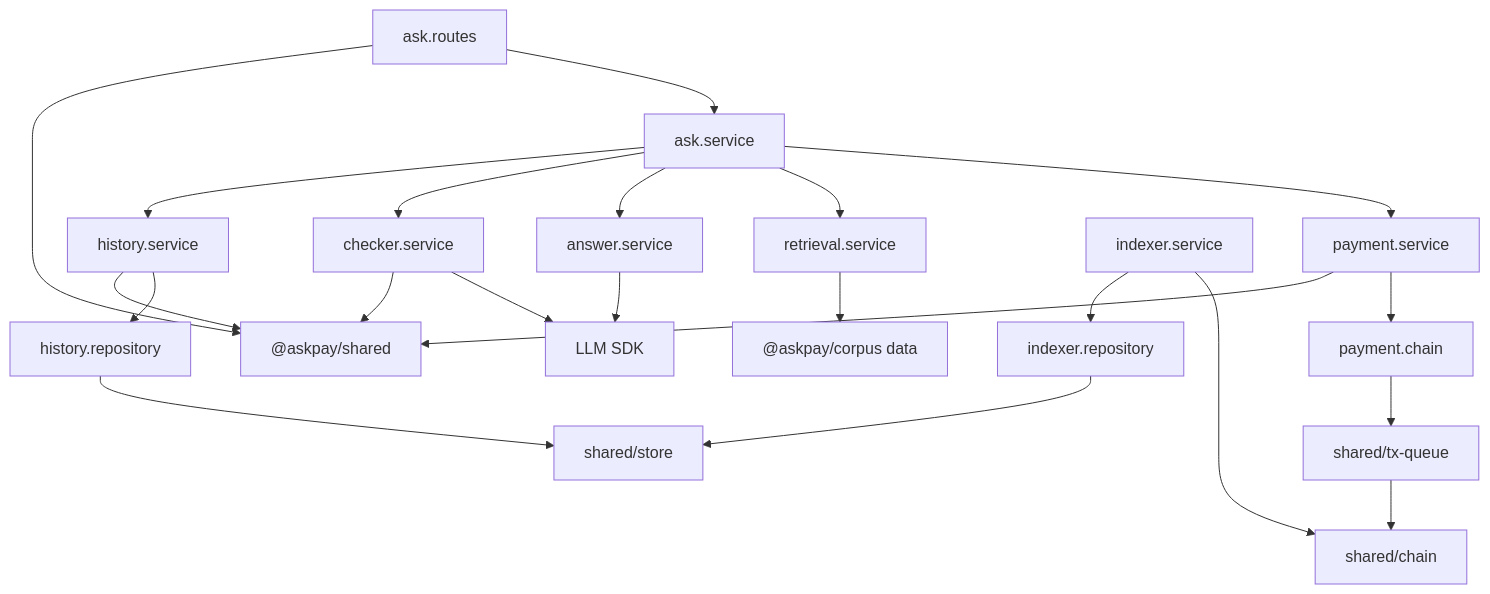
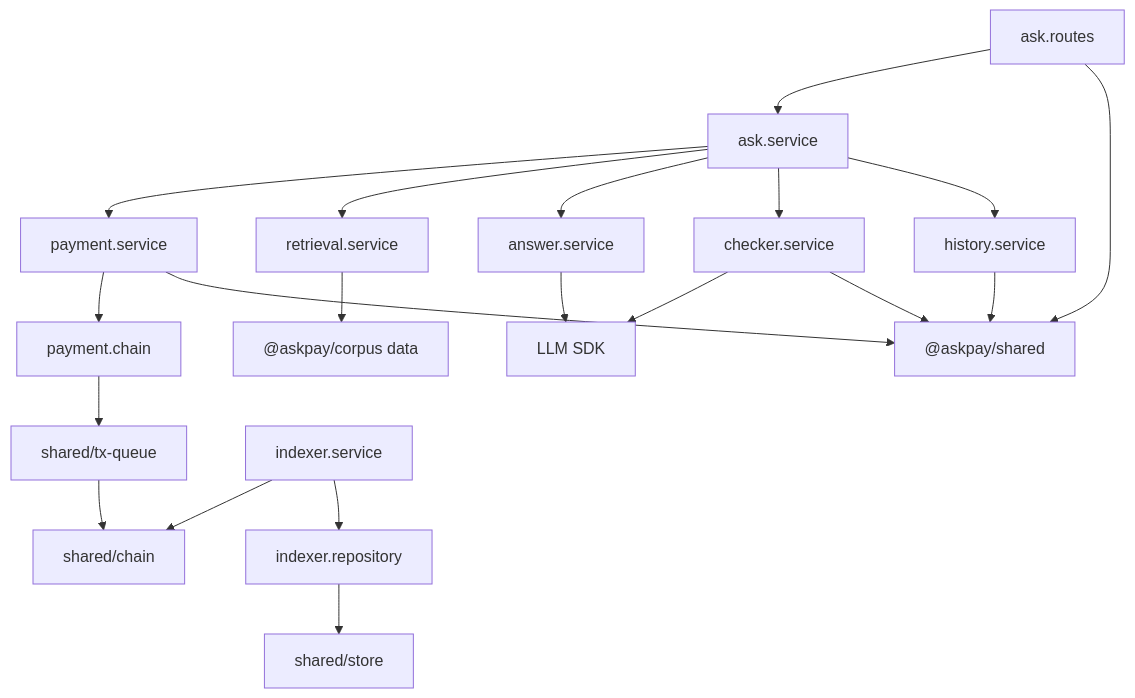
The diagram in docs/architecture/codebase.md (AkiraTomori/AskPay), drawn with Mermaid before and after one commit. The commit also changed other lines of this file and 38 other files, not shown here.

````diff
--- a/docs/architecture/codebase.md
+++ b/docs/architecture/codebase.md
@@ -73,17 +73,16 @@
 ```mermaid
 flowchart TD
     R["ask.routes"] --> S["ask.service"]
     S --> P["payment.service"]
     S --> RT["retrieval.service"]
     S --> A["answer.service"]
     S --> C["checker.service"]
     S --> H["history.service"]
     P --> PC["payment.chain"] --> Q["shared/tx-queue"] --> CH["shared/chain"]
     I["indexer.service"] --> CH
     I --> IR["indexer.repository"] --> ST["shared/store"]
-    H --> HR["history.repository"] --> ST
     A --> L["LLM SDK"]
     C --> L
     RT --> CORPUS["@askpay/corpus data"]
     P & C & H & R --> SH["@askpay/shared"]
 ```
````
